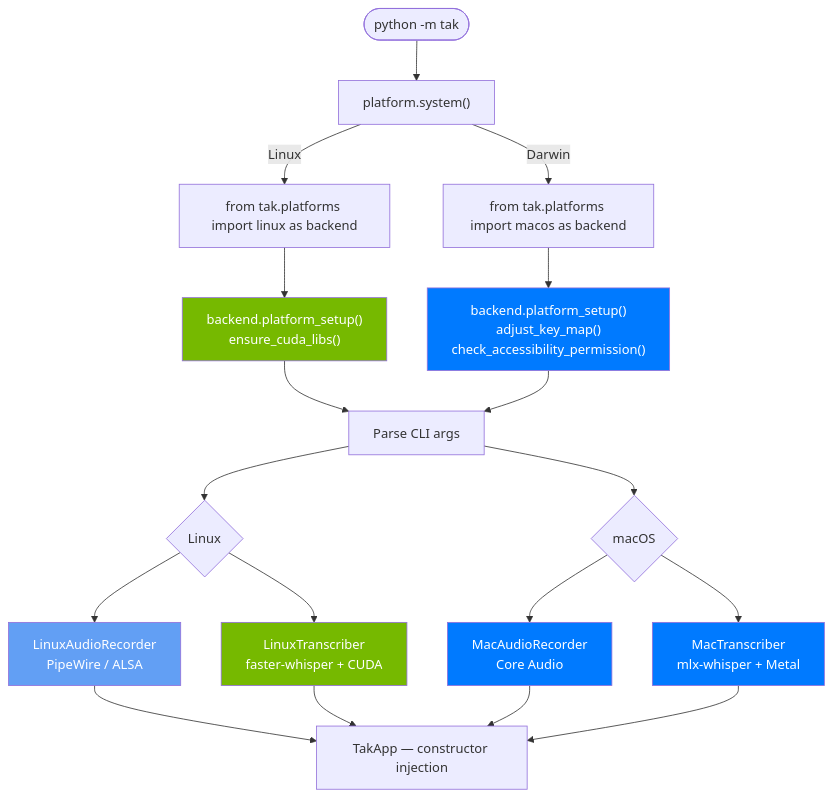
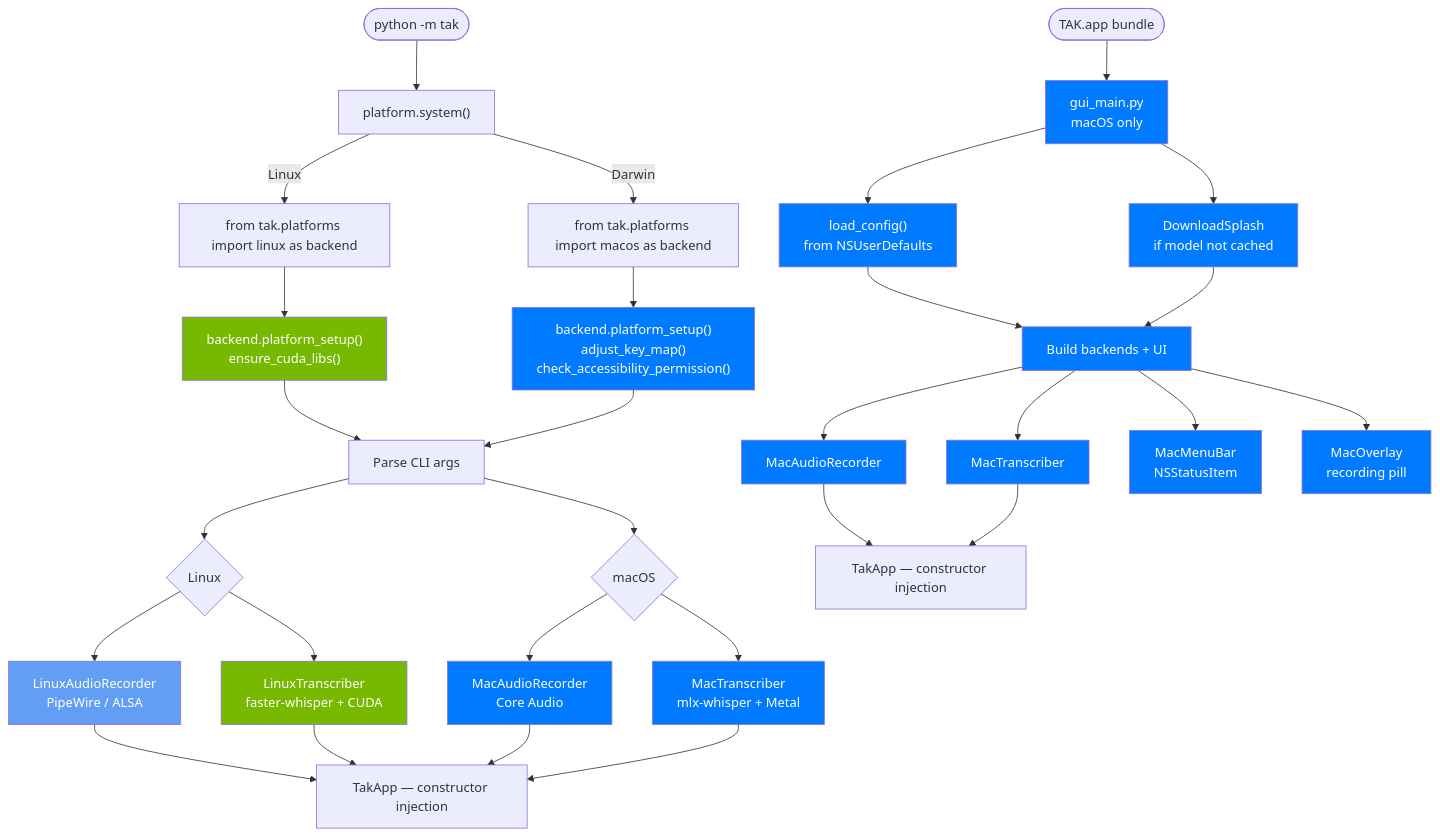
Before and after one commit to lchonkan/tak: the first of 9 diagrams in docs/platform-architecture.md, drawn with Mermaid. The commit also changed other lines of this file and 6 other files, not shown here.

First line of the commit message:
docs: update all documentation to reflect UI layer and .app bundle

````diff
--- a/docs/platform-architecture.md
+++ b/docs/platform-architecture.md
@@ -18,33 +18,54 @@
 ```mermaid
 flowchart TD
-    START([python -m tak]) --> DETECT["platform.system()"]
+    START_CLI([python -m tak]) --> DETECT["platform.system()"]
+    START_GUI([TAK.app bundle]) --> GUI["gui_main.py<br/>macOS only"]
 
     DETECT -->|"Linux"| LINUX_IMPORT["from tak.platforms import linux as backend"]
     DETECT -->|"Darwin"| MAC_IMPORT["from tak.platforms import macos as backend"]
 
     LINUX_IMPORT --> LINUX_SETUP["backend.platform_setup()<br/>ensure_cuda_libs()"]
     MAC_IMPORT --> MAC_SETUP["backend.platform_setup()<br/>adjust_key_map()<br/>check_accessibility_permission()"]
 
     LINUX_SETUP --> ARGS[Parse CLI args]
     MAC_SETUP --> ARGS
 
+    GUI --> GUI_CONFIG["load_config()<br/>from NSUserDefaults"]
+    GUI --> GUI_SPLASH["DownloadSplash<br/>if model not cached"]
+    GUI_CONFIG --> GUI_BUILD
+    GUI_SPLASH --> GUI_BUILD
+
     ARGS --> BUILD_LINUX{Linux}
     ARGS --> BUILD_MAC{macOS}
 
     BUILD_LINUX --> LINUX_REC["LinuxAudioRecorder<br/>PipeWire / ALSA"]
     BUILD_LINUX --> LINUX_TR["LinuxTranscriber<br/>faster-whisper + CUDA"]
     BUILD_MAC --> MAC_REC["MacAudioRecorder<br/>Core Audio"]
     BUILD_MAC --> MAC_TR["MacTranscriber<br/>mlx-whisper + Metal"]
 
+    GUI_BUILD["Build backends + UI"] --> MAC_REC_G["MacAudioRecorder"]
+    GUI_BUILD --> MAC_TR_G["MacTranscriber"]
+    GUI_BUILD --> MENUBAR["MacMenuBar<br/>NSStatusItem"]
+    GUI_BUILD --> OVERLAY["MacOverlay<br/>recording pill"]
+
     LINUX_REC --> APP[TakApp — constructor injection]
     LINUX_TR --> APP
     MAC_REC --> APP
     MAC_TR --> APP
+    MAC_REC_G --> APP_G[TakApp — constructor injection]
+    MAC_TR_G --> APP_G
 
     style LINUX_SETUP fill:#76B900,color:#fff
     style MAC_SETUP fill:#007AFF,color:#fff
     style LINUX_REC fill:#629FF4,color:#fff
     style LINUX_TR fill:#76B900,color:#fff
     style MAC_REC fill:#007AFF,color:#fff
     style MAC_TR fill:#007AFF,color:#fff
+    style GUI fill:#007AFF,color:#fff
+    style GUI_CONFIG fill:#007AFF,color:#fff
+    style GUI_SPLASH fill:#007AFF,color:#fff
+    style GUI_BUILD fill:#007AFF,color:#fff
+    style MAC_REC_G fill:#007AFF,color:#fff
+    style MAC_TR_G fill:#007AFF,color:#fff
+    style MENUBAR fill:#007AFF,color:#fff
+    style OVERLAY fill:#007AFF,color:#fff
 ```
````
